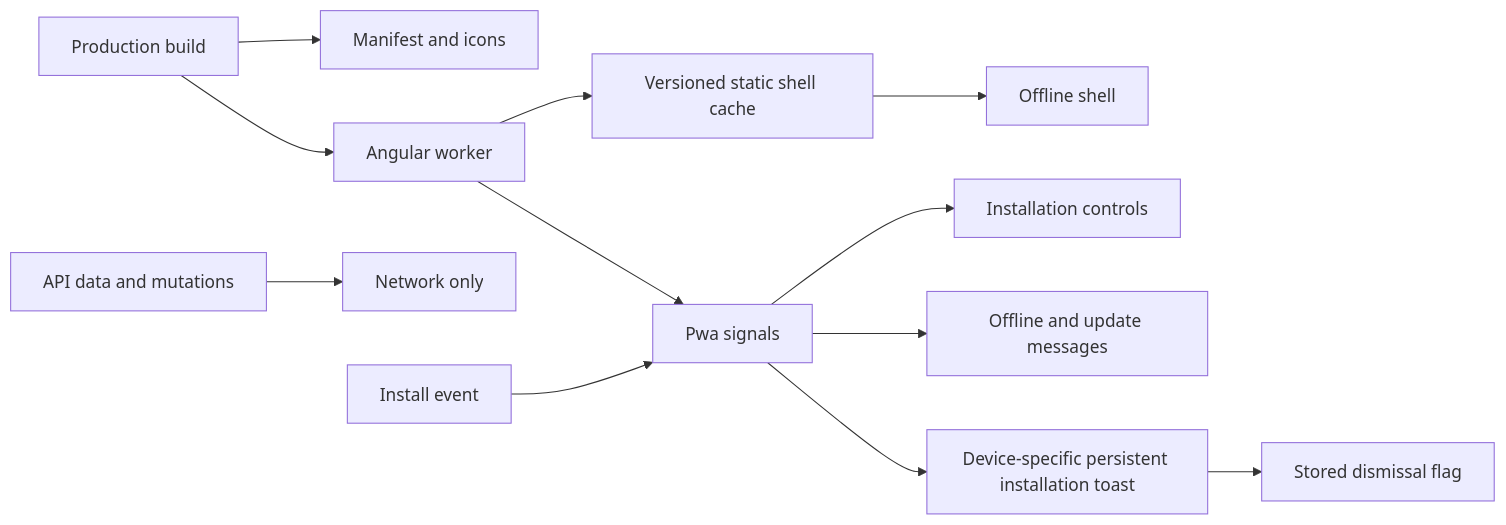
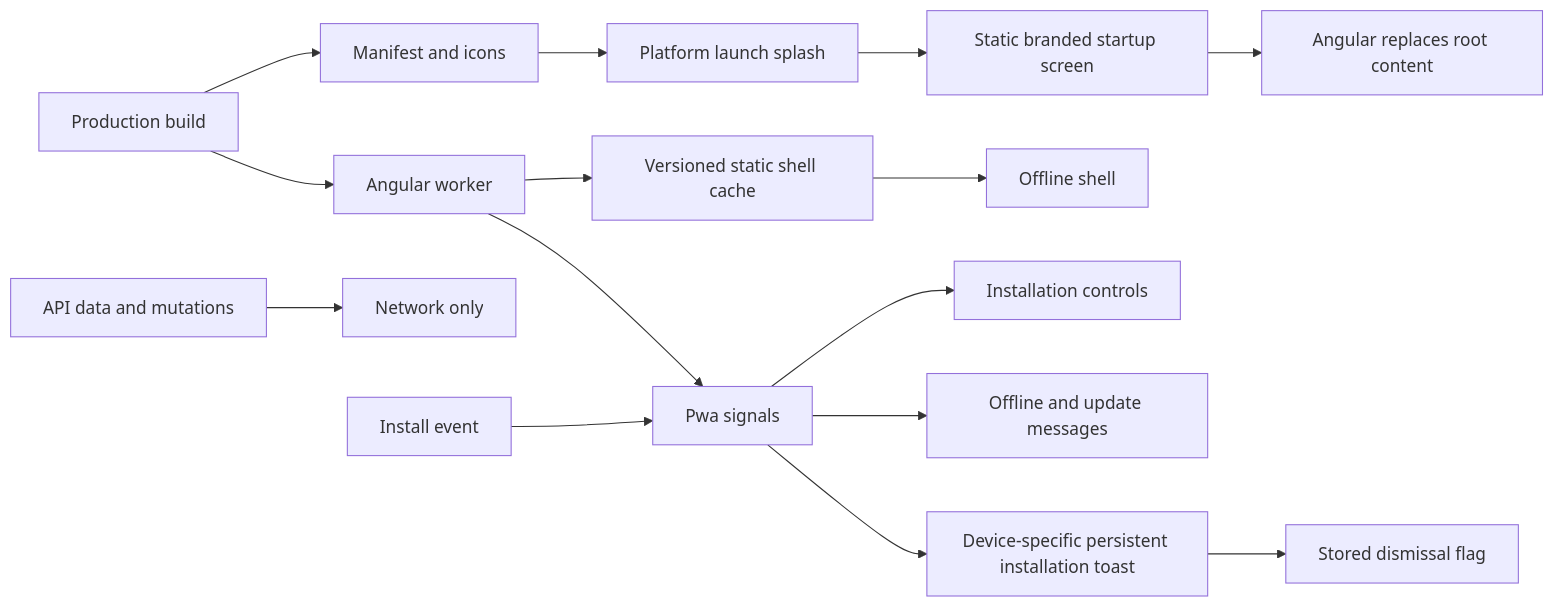
The diagram in lode/ui/pwa.md (Zwezh/media-shelf), drawn with Mermaid before and after one commit. The commit also changed other lines of this file and 29 other files, not shown here.

Commit message:
feat: add branded startup and cold-start loading guidance

````diff
--- a/lode/ui/pwa.md
+++ b/lode/ui/pwa.md
@@ -27,14 +29,17 @@
 ```mermaid
 flowchart LR
   Build[Production build] --> Manifest[Manifest and icons]
+  Manifest --> NativeSplash[Platform launch splash]
+  NativeSplash --> Startup[Static branded startup screen]
+  Startup --> Bootstrap[Angular replaces root content]
   Build --> Worker[Angular worker]
   Worker --> Cache[Versioned static shell cache]
   Cache --> Offline[Offline shell]
   API[API data and mutations] --> Network[Network only]
   Browser[Install event] --> Pwa[Pwa signals]
   Worker --> Pwa
   Pwa --> About[Installation controls]
   Pwa --> Status[Offline and update messages]
   Pwa --> Toast[Device-specific persistent installation toast]
   Toast --> Dismissal[Stored dismissal flag]
 ```
````
